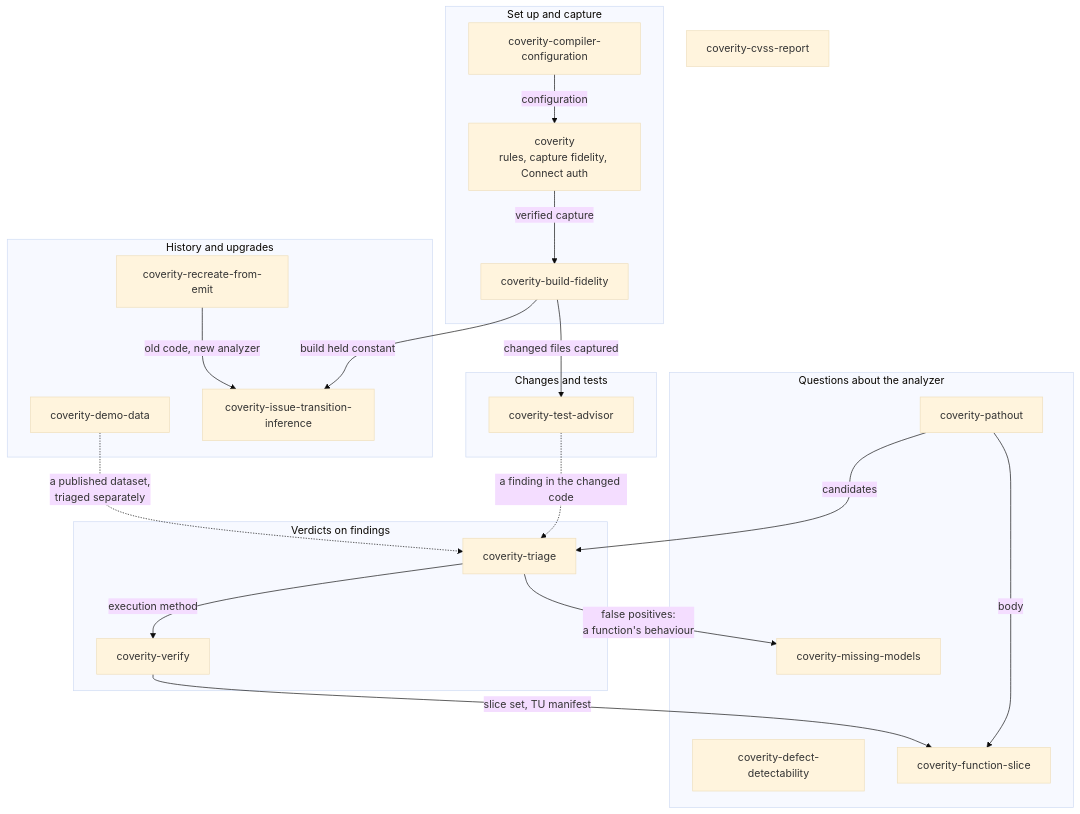
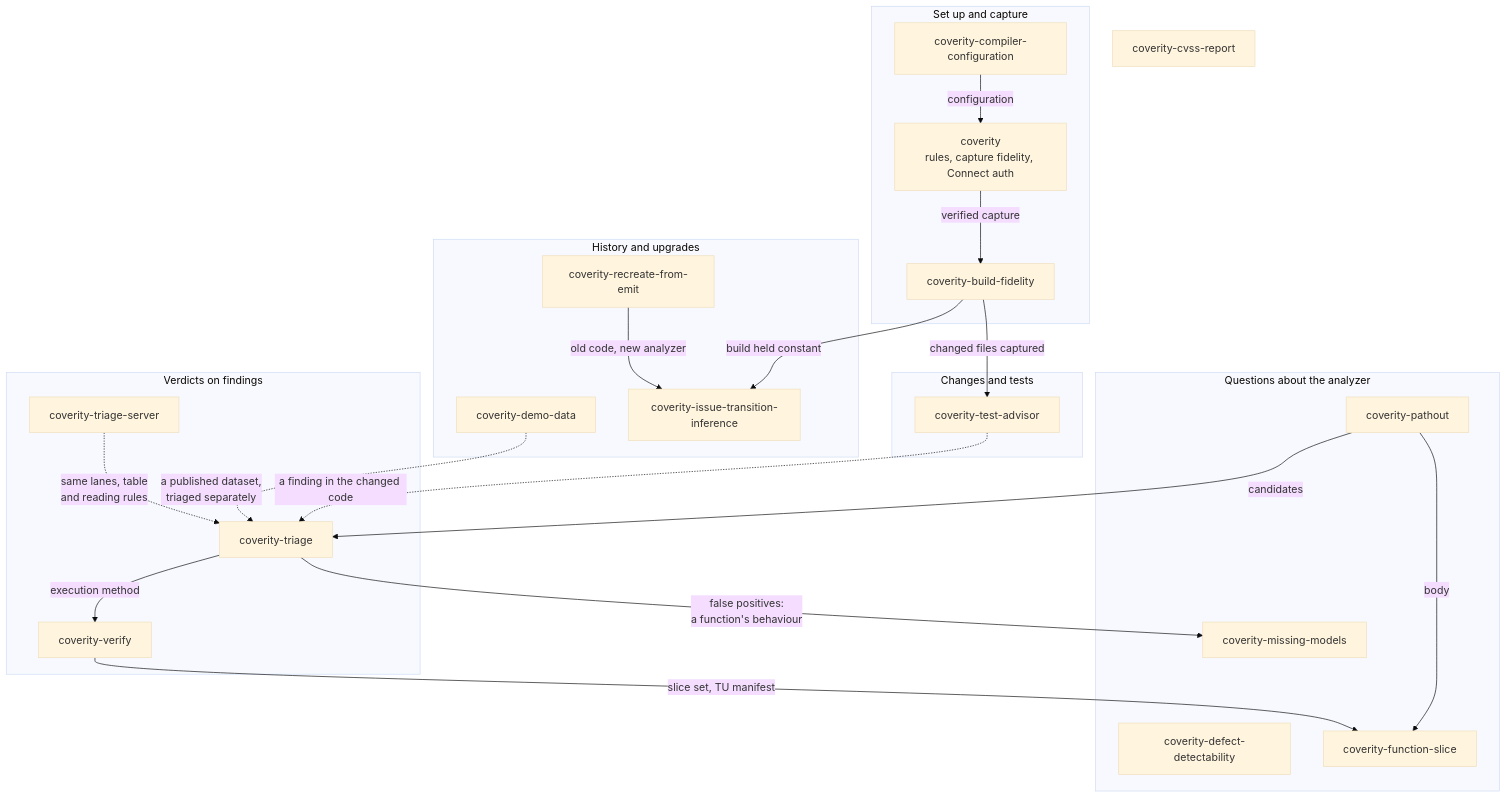
Before and after one commit to edtice-goog/CoveritySkills: the first of 10 diagrams in USE-CASES.md, drawn with Mermaid (base theme). The commit also changed other lines of this file and 1 other file, not shown here.

First line of the commit message:
USE-CASES, README: coverity-triage-server, and triage as the client side

````diff
--- a/USE-CASES.md
+++ b/USE-CASES.md
@@ -11,40 +11,42 @@
 ```mermaid
 flowchart TB
     subgraph setup["Set up and capture"]
         CC["coverity-compiler-configuration"]
         CV["coverity<br/>rules, capture fidelity, Connect auth"]
         BF["coverity-build-fidelity"]
     end
     subgraph analyzer["Questions about the analyzer"]
         DD["coverity-defect-detectability"]
         MM["coverity-missing-models"]
         PO["coverity-pathout"]
         FS["coverity-function-slice"]
     end
     subgraph verdicts["Verdicts on findings"]
         TR["coverity-triage"]
+        TS["coverity-triage-server"]
         VE["coverity-verify"]
     end
     subgraph history["History and upgrades"]
         DM["coverity-demo-data"]
         IT["coverity-issue-transition-inference"]
         RE["coverity-recreate-from-emit"]
     end
     subgraph changes["Changes and tests"]
         TA["coverity-test-advisor"]
     end
     CVSS["coverity-cvss-report"]
 
     CC -->|"configuration"| CV
     BF -->|"changed files captured"| TA
     TA -.->|"a finding in the changed code"| TR
     CV -->|"verified capture"| BF
     PO -->|"body"| FS
     PO -->|"candidates"| TR
     TR -->|"false positives:<br/>a function's behaviour"| MM
     DM -.->|"a published dataset,<br/>triaged separately"| TR
     TR -->|"execution method"| VE
+    TS -.->|"same lanes, table<br/>and reading rules"| TR
     VE -->|"slice set, TU manifest"| FS
     BF -->|"build held constant"| IT
     RE -->|"old code, new analyzer"| IT
 ```
````
